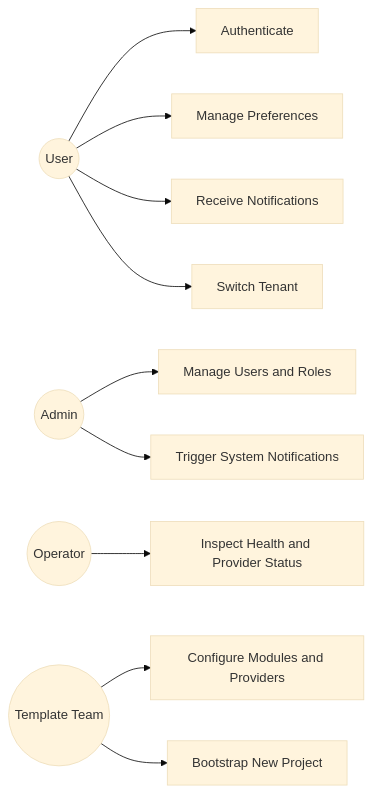
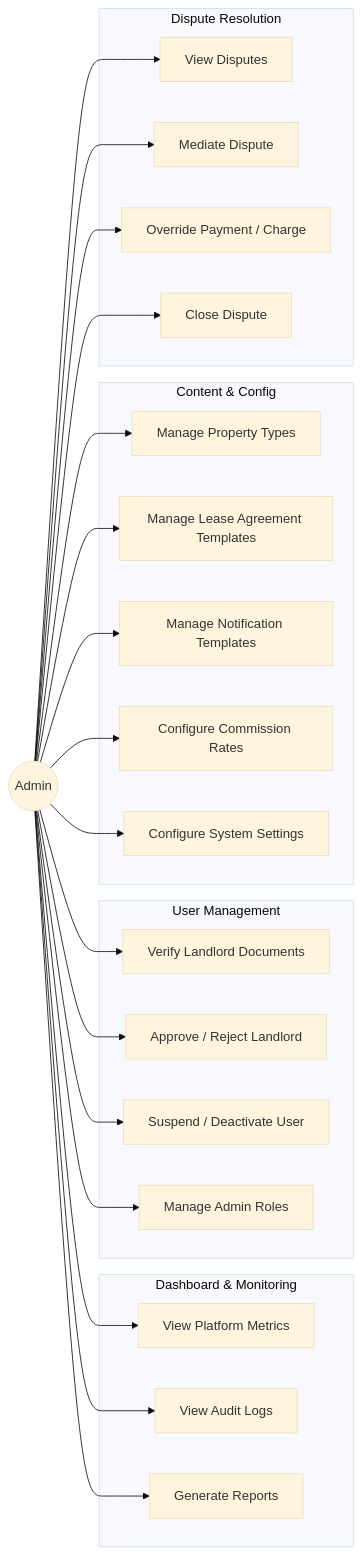
Before and after one commit to 0Ankit0/meroghar: the fifth of 6 diagrams in docs/analysis/use-case-diagram.md, drawn with Mermaid (base theme). The commit also changed other lines of this file and 4 other files, not shown here.

````diff
--- a/docs/analysis/use-case-diagram.md
+++ b/docs/analysis/use-case-diagram.md
@@ -3,17 +291,49 @@
 ```mermaid
-flowchart LR
-  User((User))
-  Admin((Admin))
-  Operator((Operator))
-  TemplateTeam((Template Team))
+graph LR
+    Admin((Admin))
 
-  User --> UC1[Authenticate]
-  User --> UC2[Manage Preferences]
-  User --> UC3[Receive Notifications]
-  User --> UC4[Switch Tenant]
-  Admin --> UC5[Manage Users and Roles]
-  Admin --> UC6[Trigger System Notifications]
-  Operator --> UC7[Inspect Health and Provider Status]
-  TemplateTeam --> UC8[Configure Modules and Providers]
-  TemplateTeam --> UC9[Bootstrap New Project]
+    subgraph "Dashboard & Monitoring"
+        UC1[View Platform Metrics]
+        UC2[View Audit Logs]
+        UC3[Generate Reports]
+    end
+
+    subgraph "User Management"
+        UC4[Verify Landlord Documents]
+        UC5[Approve / Reject Landlord]
+        UC6[Suspend / Deactivate User]
+        UC7[Manage Admin Roles]
+    end
+
+    subgraph "Content & Config"
+        UC8[Manage Property Types]
+        UC9[Manage Lease Agreement Templates]
+        UC10[Manage Notification Templates]
+        UC11[Configure Commission Rates]
+        UC12[Configure System Settings]
+    end
+
+    subgraph "Dispute Resolution"
+        UC13[View Disputes]
+        UC14[Mediate Dispute]
+        UC15[Override Payment / Charge]
+        UC16[Close Dispute]
+    end
+
+    Admin --> UC1
+    Admin --> UC2
+    Admin --> UC3
+    Admin --> UC4
+    Admin --> UC5
+    Admin --> UC6
+    Admin --> UC7
+    Admin --> UC8
+    Admin --> UC9
+    Admin --> UC10
+    Admin --> UC11
+    Admin --> UC12
+    Admin --> UC13
+    Admin --> UC14
+    Admin --> UC15
+    Admin --> UC16
 ```
````
